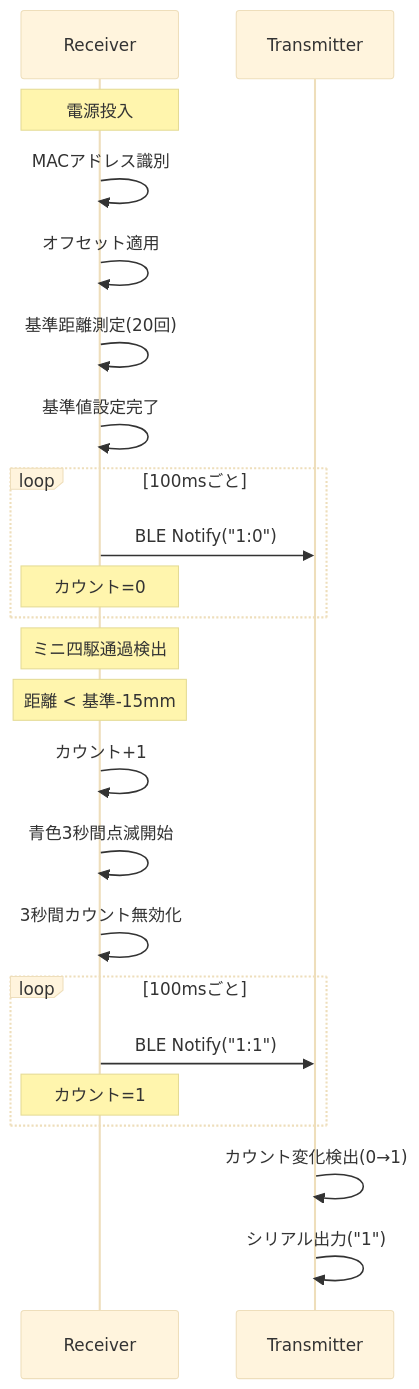
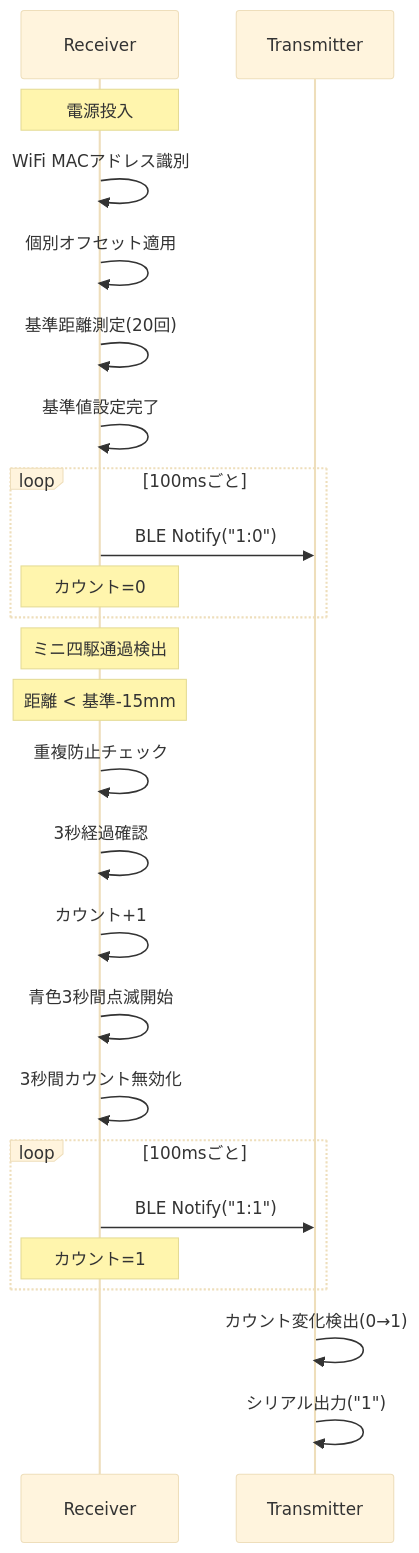
The fourth of 4 diagrams in README.md (YakiFrog/yonku_counter2), drawn with Mermaid (base theme) before and after one commit. The commit also changed other lines of this file, not shown here.

````diff
--- a/README.md
+++ b/README.md
@@ -182,31 +195,33 @@
 ```mermaid
 sequenceDiagram
     participant R as Receiver
     participant T as Transmitter
     
     Note over R: 電源投入
-    R->>R: MACアドレス識別
-    R->>R: オフセット適用
+    R->>R: WiFi MACアドレス識別
+    R->>R: 個別オフセット適用
     R->>R: 基準距離測定(20回)
     R->>R: 基準値設定完了
     
     loop 100msごと
         R->>T: BLE Notify("1:0")
         Note over R: カウント=0
     end
     
     Note over R: ミニ四駆通過検出
     Note over R: 距離 < 基準-15mm
     
+    R->>R: 重複防止チェック
+    R->>R: 3秒経過確認
     R->>R: カウント+1
     R->>R: 青色3秒間点滅開始
     R->>R: 3秒間カウント無効化
     
     loop 100msごと
         R->>T: BLE Notify("1:1")
         Note over R: カウント=1
     end
     
     T->>T: カウント変化検出(0→1)
     T->>T: シリアル出力("1")
 ```
````
